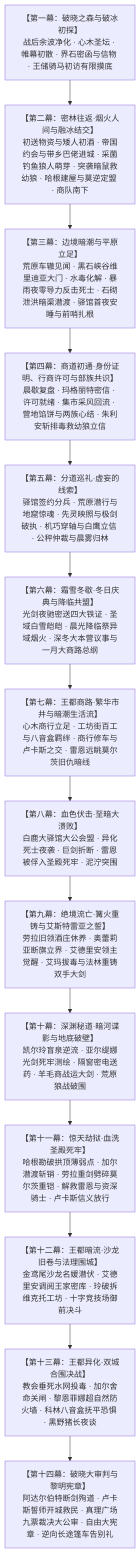
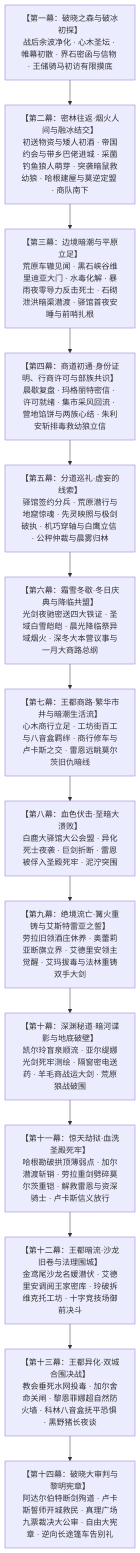
Before and after one commit to soranokiseki1437/eldoria-worldbook: the first of 2 diagrams in 方案/第二部/主线与世界扩充方案/01_宏篇主线剧情总大纲与分幕导航.md, drawn with Mermaid. The commit also changed other lines of this file and 31 other files, not shown here.

````diff
--- a/方案/第二部/主线与世界扩充方案/01_宏篇主线剧情总大纲与分幕导航.md
+++ b/方案/第二部/主线与世界扩充方案/01_宏篇主线剧情总大纲与分幕导航.md
@@ -12,19 +12,19 @@
 ```mermaid
 graph TD
     M1["【第一幕：破晓之森与破冰初探】<br/>战后余波净化 · 心木圣坛 · 帷幕初散 · 界石密函与信物 · 王储骑马初访有限摸底"]
     M2["【第二幕：密林往返·烟火人间与融冰结交】<br/>初送物资与矮人初酒 · 帝国约会与带乡巴佬进城 · 采菌钓鱼狼人萌芽 · 突袭暗鼠救幼狼 · 哈根建屋与莫逆定盟 · 商队南下"]
     M3["【第三幕：边境暗潮与平原立足】<br/>荒原车辙见闻 · 黑石峡谷维里迪亚大门 · 水毒化解 · 暴雨夜零导力反击死士 · 石砌泄洪暗渠潜渡 · 驿馆首夜安睡与前哨扎根"]
     M4["【第四幕：商道初通·身份证明、行商许可与部族共识】<br/>晨歇复盘 · 玛格丽特密信 · 许可就绪 · 集市采风回流 · 营地馅饼与两族心结 · 朱利安斩排毒救幼狼立信"]
     M5["【第五幕：分道巡礼·虚妄的线索】<br/>驿馆签约分兵 · 荒原潜行与地窟惊魂 · 先灵映照与极剑破执 · 机巧穿轴与白鹰立信 · 公秤仲裁与晨雾归林"]
     M6["【第六幕：霜雪冬歇·冬日庆典与降临共盟】<br/>光剑夜驰密送四大铁证 · 圣域白雪皑皑 · 晨光降临祭异域烟火 · 深冬大本营议事与一月大商路总纲"]
     M7["【第七幕：王都商路·繁华市井与暗潮生活流】<br/>心木商行立足 · 工坊街百工与八音盒羁绊 · 商行修车与卢卡斯之交 · 雷恩远眺莫尔茨旧仇暗线"]
     M8["【第八幕：血色伏击·至暗大溃败】<br/>白鹿大驿馆大公会盟 · 异化死士夜袭 · 巨剑折断 · 雷恩被俘入圣殿死牢 · 泥泞突围"]
     M9["【第九幕：绝境流亡·篝火重铸与艾斯特雷亚之誓】<br/>劳拉旧领酒庄休养 · 奥蕾莉亚断旗立界 · 艾德里安领主觉醒 · 艾玛拔毒与法林重铸双手大剑"]
-    M10["【第十幕：深渊秘道·暗河谍影与地底破壁】<br/>凯尔玲盲泉逆流 · 亚尔缇娜光剑死牢测绘 · 隔窗密电送药 · 羊毛商战运大剑 · 荒原狼战破围"]
+    M10["【第十幕：深渊秘道·暗河谍影与地底破壁】<br/>凯尔玲盲泉顺流 · 亚尔缇娜光剑死牢测绘 · 隔窗密电送药 · 羊毛商战运大剑 · 荒原狼战破围"]
     M11["【第十一幕：惊天劫狱·血洗圣殿死牢】<br/>哈根勘破拱顶薄弱点 · 加尔潜渡斩销 · 劳拉重剑劈碎莫尔茨重铠 · 解救雷恩与资深骑士 · 卢卡斯信义放行"]
     M12["【第十二幕：王都暗流·沙龙旧卷与法理围城】<br/>金鸢尾沙龙名媛潜伏 · 艾德里安调阅王家密库 · 玲破拆维克托工坊 · 十字竞技场御前决斗"]
     M13["【第十三幕：王都异化·双城合围决战】<br/>教会垂死水网投毒 · 加尔舍命关闸 · 黎恩菲娜超自然防火墙 · 科林八音盒抚平恐惧 · 黑野猪长夜谈"]
     M14["【第十四幕：破晓大审判与黎明宪章】<br/>阿达尔伯特断剑殉道 · 卢卡斯誓师开城救民 · 真理广场九票裁决大公审 · 自由大宪章 · 逆向长途篷车告别礼"]
 
     M1 --> M2 --> M3 --> M4 --> M5 --> M6 --> M7 --> M8 --> M9 --> M10 --> M11 --> M12 --> M13 --> M14
 ```
````
